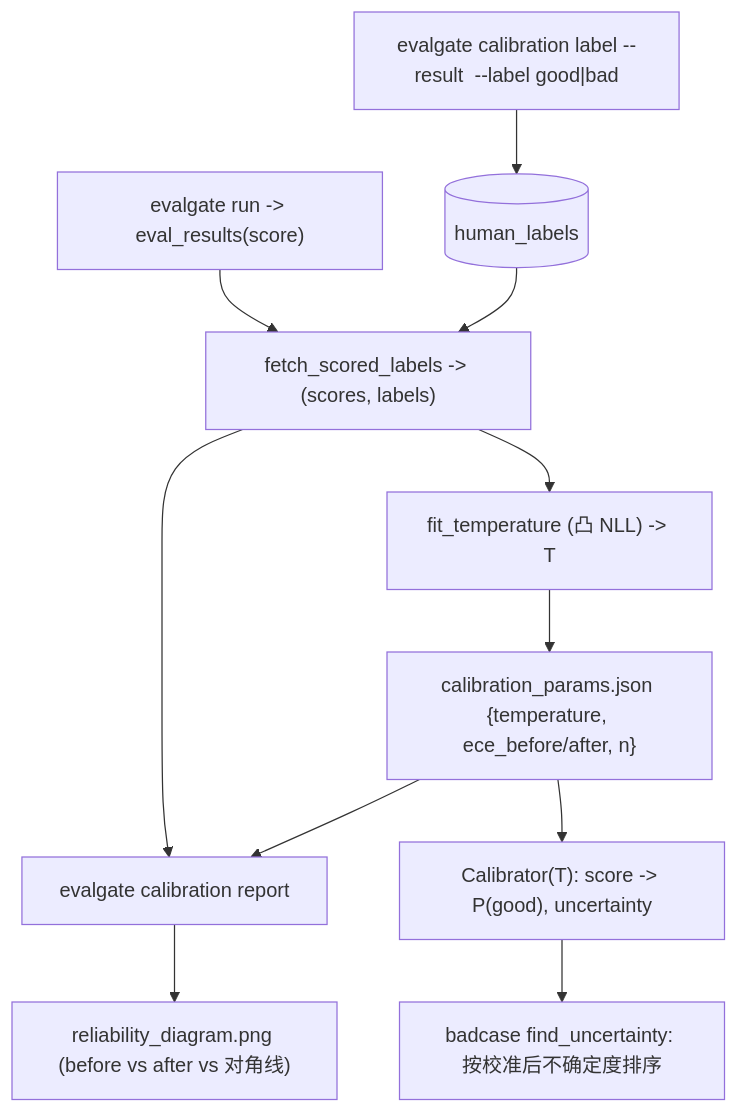
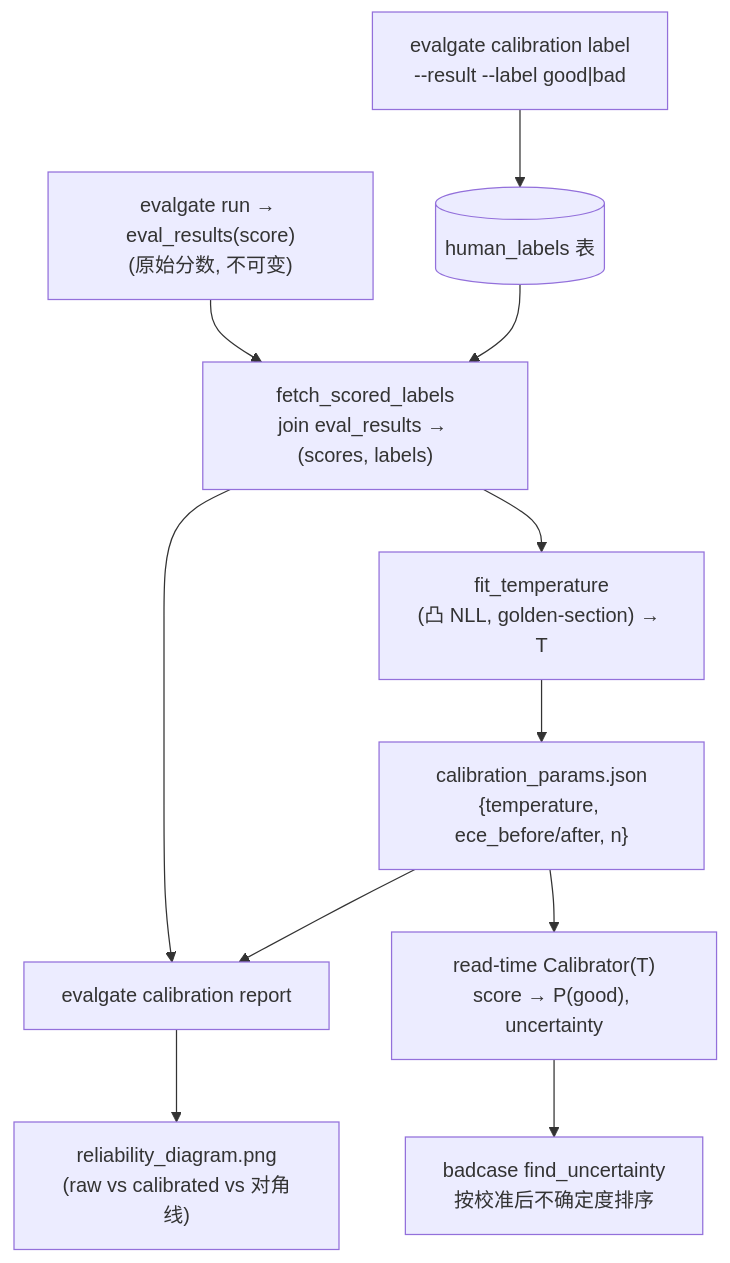
One commit to AndyUneducated/eval-gate changed the first of 2 diagrams in docs/PHASE_16_PLAN.md. Above: the diagram before and after it, drawn with Mermaid. The commit also changed other lines of this file and 16 other files, not shown here.

First line of the commit message:
docs: add diagrams and tech-selection rationale to README and phase plans

````diff
--- a/docs/PHASE_16_PLAN.md
+++ b/docs/PHASE_16_PLAN.md
@@ -20,13 +9,13 @@
 ```mermaid
 flowchart TD
-  Run["evalgate run -> eval_results(score)"] --> Pairs
-  Label["evalgate calibration label --result <id> --label good|bad"] --> HL[("human_labels")]
-  HL --> Pairs["fetch_scored_labels -> (scores, labels)"]
-  Pairs --> Fit["fit_temperature (凸 NLL) -> T"]
-  Fit --> Params["calibration_params.json {temperature, ece_before/after, n}"]
+  Run["evalgate run → eval_results(score)<br/>(原始分数, 不可变)"] --> Pairs
+  Label["evalgate calibration label<br/>--result <id> --label good|bad"] --> HL[("human_labels 表")]
+  HL --> Pairs["fetch_scored_labels<br/>join eval_results → (scores, labels)"]
+  Pairs --> Fit["fit_temperature<br/>(凸 NLL, golden-section) → T"]
+  Fit --> Params["calibration_params.json<br/>{temperature, ece_before/after, n}"]
   Pairs --> Report["evalgate calibration report"]
   Params --> Report
-  Report --> PNG["reliability_diagram.png (before vs after vs 对角线)"]
-  Params --> Cal["Calibrator(T): score -> P(good), uncertainty"]
-  Cal --> Bad["badcase find_uncertainty: 按校准后不确定度排序"]
+  Report --> PNG["reliability_diagram.png<br/>(raw vs calibrated vs 对角线)"]
+  Params --> Cal["read-time Calibrator(T)<br/>score → P(good), uncertainty"]
+  Cal --> Bad["badcase find_uncertainty<br/>按校准后不确定度排序"]
 ```
````
